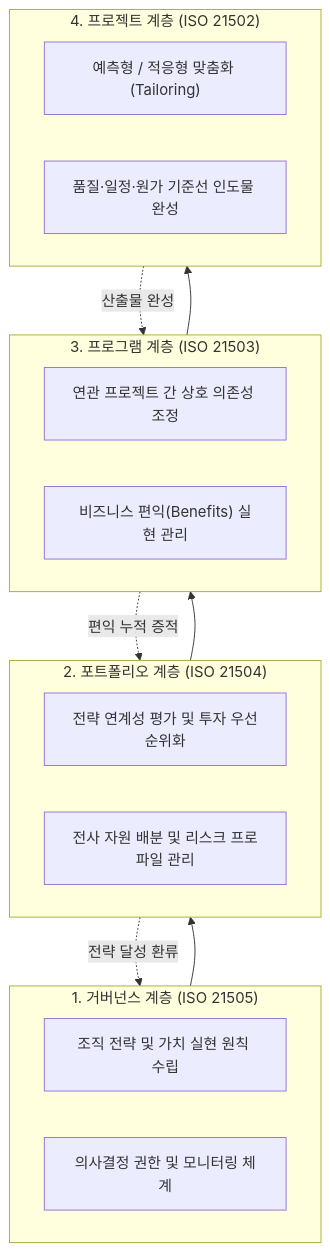
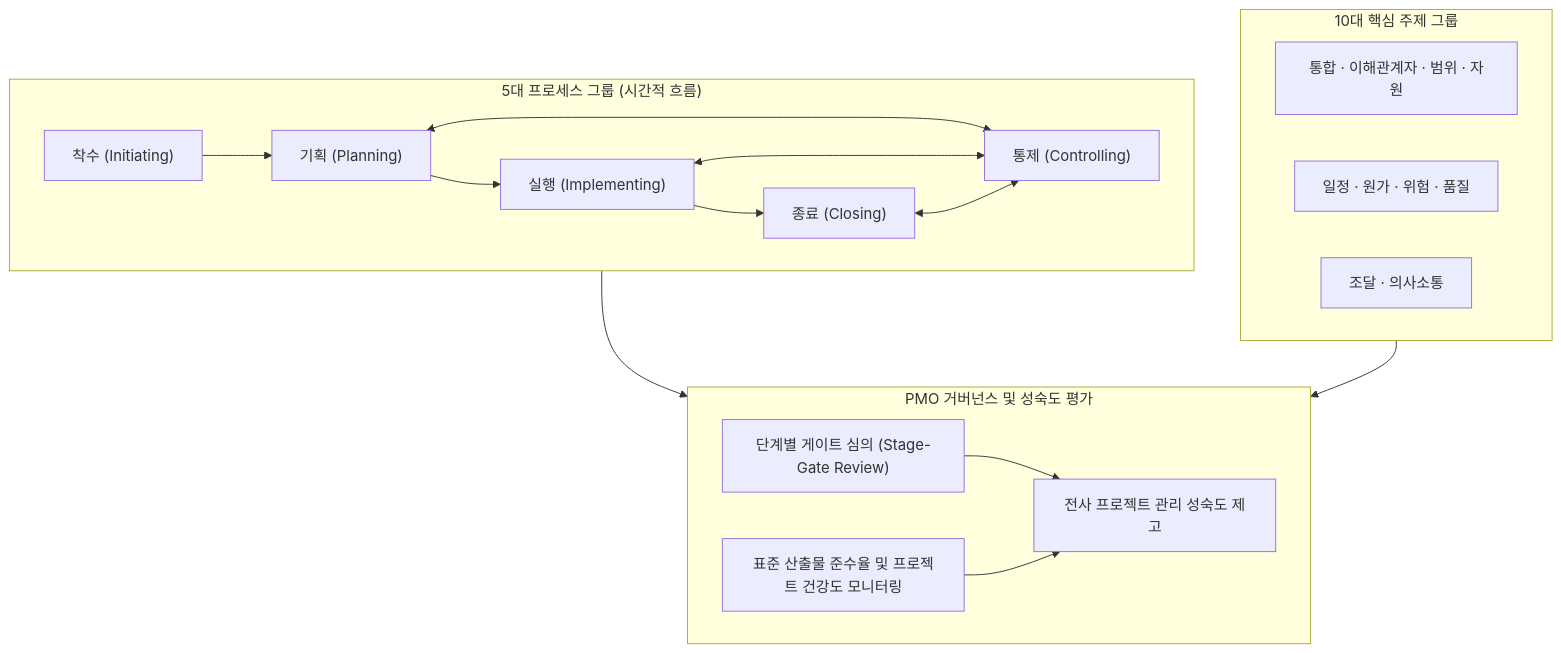
One commit to agnusdei1207/study changed the fourth of 5 diagrams in src/content/docs/notes/itpe/01-it-strategy/043_iso_21500.md. Above: the diagram before and after it, drawn with Mermaid. The commit also changed other lines of this file and 80 other files, not shown here.

````diff
--- a/src/content/docs/notes/itpe/01-it-strategy/043_iso_21500.md
+++ b/src/content/docs/notes/itpe/01-it-strategy/043_iso_21500.md
@@ -120,26 +123,22 @@
 ```mermaid
 flowchart TD
-    subgraph Governance["1. 거버넌스 계층 (ISO 21505)"]
-        G1["조직 전략 및 가치 실현 원칙 수립"]
-        G2["의사결정 권한 및 모니터링 체계"]
+    subgraph ProcessGroups["5대 프로세스 그룹 (시간적 흐름)"]
+        P1["착수 (Initiating)"] --> P2["기획 (Planning)"]
+        P2 --> P3["실행 (Implementing)"]
+        P3 --> P5["종료 (Closing)"]
+        P4["통제 (Controlling)"]
+        P2 & P3 & P5 <--> P4
     end
-    subgraph Portfolio["2. 포트폴리오 계층 (ISO 21504)"]
-        P1["전략 연계성 평가 및 투자 우선순위화"]
-        P2["전사 자원 배분 및 리스크 프로파일 관리"]
+    subgraph SubjectGroups["10대 핵심 주제 그룹"]
+        S1["통합 · 이해관계자 · 범위 · 자원"]
+        S2["일정 · 원가 · 위험 · 품질"]
+        S3["조달 · 의사소통"]
     end
-    subgraph Program["3. 프로그램 계층 (ISO 21503)"]
-        PR1["연관 프로젝트 간 상호 의존성 조정"]
-        PR2["비즈니스 편익(Benefits) 실현 관리"]
-    end
-    subgraph Project["4. 프로젝트 계층 (ISO 21502)"]
-        PJ1["예측형 / 적응형 맞춤화 (Tailoring)"]
-        PJ2["품질·일정·원가 기준선 인도물 완성"]
+    subgraph PMO_Audit["PMO 거버넌스 및 성숙도 평가"]
+        A1["단계별 게이트 심의 (Stage-Gate Review)"]
+        A2["표준 산출물 준수율 및 프로젝트 건강도 모니터링"]
+        A1 & A2 --> A3["전사 프로젝트 관리 성숙도 제고"]
     end
 
-    Governance --> Portfolio
-    Portfolio --> Program
-    Program --> Project
-    Project -.->|산출물 완성| Program
-    Program -.->|편익 누적 증적| Portfolio
-    Portfolio -.->|전략 달성 환류| Governance
+    ProcessGroups & SubjectGroups --> PMO_Audit
 ```
````
